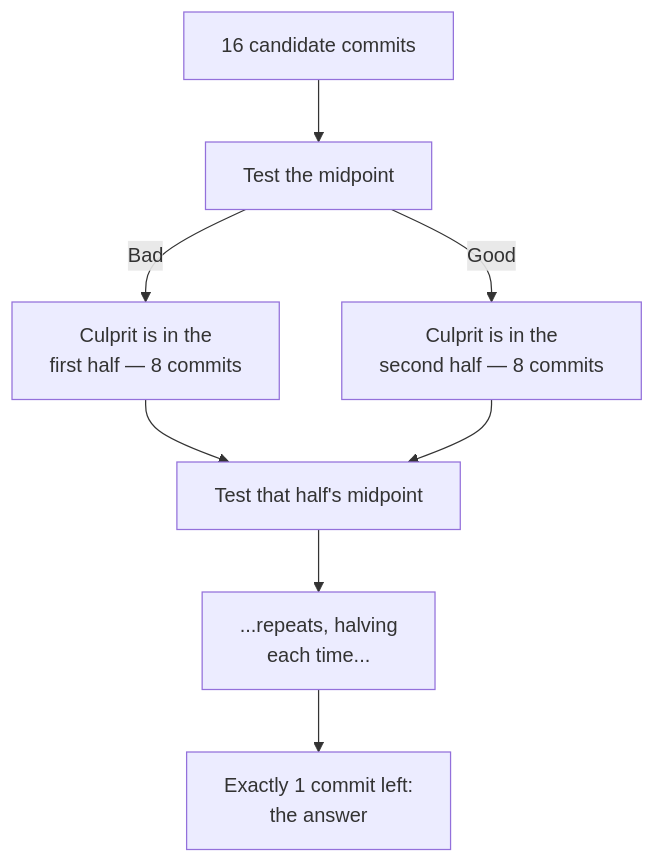
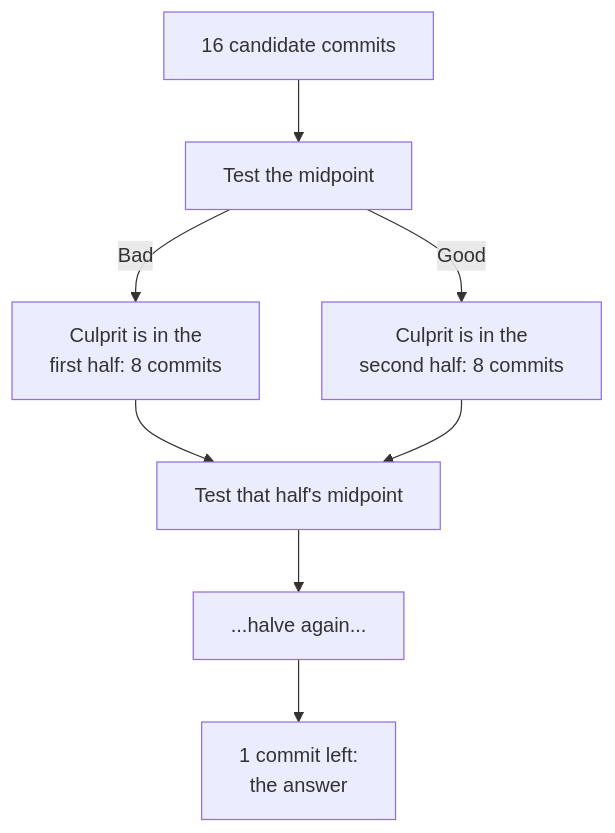
One commit to francoandreDev/knowledge changed the first of 2 diagrams in src/content/git-teamwork/commit-conventions/L2-concept.mdx. Above: the diagram before and after it, drawn with Mermaid. The commit also changed other lines of this file and 3 other files, not shown here.

````diff
--- a/src/content/git-teamwork/commit-conventions/L2-concept.mdx
+++ b/src/content/git-teamwork/commit-conventions/L2-concept.mdx
@@ -29,10 +33,10 @@
 ```mermaid
 flowchart TD
     A["16 candidate commits"] --> B["Test the midpoint"]
-    B -->|"Bad"| C["Culprit is in the\nfirst half — 8 commits"]
-    B -->|"Good"| D["Culprit is in the\nsecond half — 8 commits"]
+    B -->|"Bad"| C["Culprit is in the\nfirst half: 8 commits"]
+    B -->|"Good"| D["Culprit is in the\nsecond half: 8 commits"]
     C --> E["Test that half's midpoint"]
     D --> E
-    E --> F["...repeats, halving\neach time..."]
-    F --> G["Exactly 1 commit left:\nthe answer"]
+    E --> F["...halve again..."]
+    F --> G["1 commit left:\nthe answer"]
 ```
````
